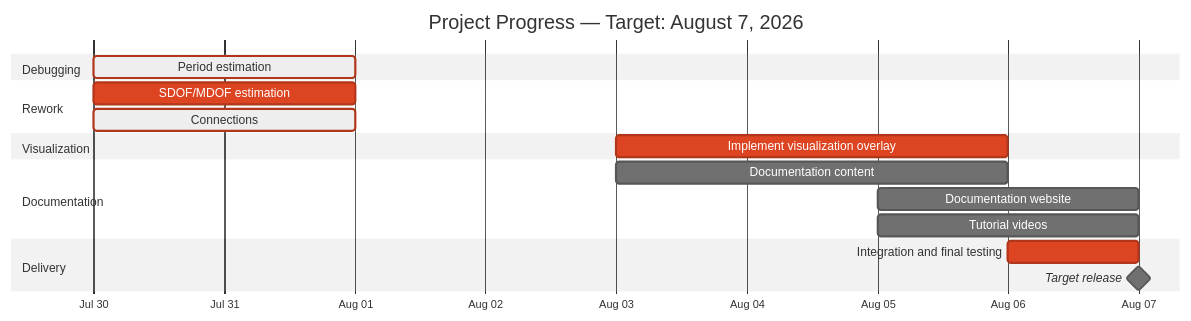
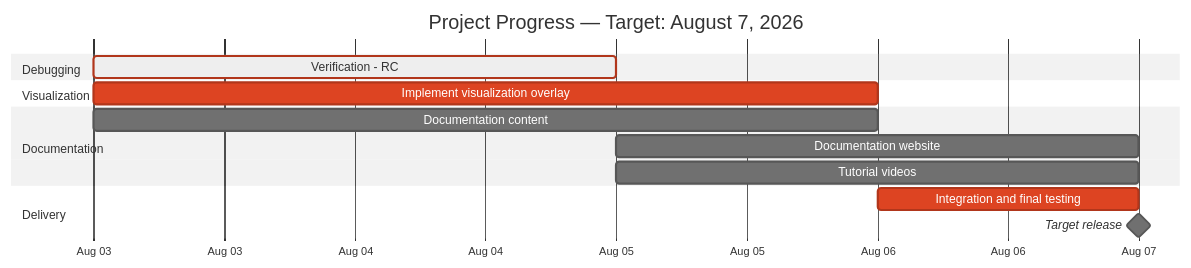
The diagram in docs/ansys_workflow/progress.md (bartutuncay/struceng-doc), drawn with Mermaid (neutral theme) before and after one commit. The commit also changed 2 other files, not shown here.

````diff
--- a/docs/ansys_workflow/progress.md
+++ b/docs/ansys_workflow/progress.md
@@ -3,25 +3,21 @@
 ```mermaid
 gantt
     title Project Progress — Target: August 7, 2026
     dateFormat  YYYY-MM-DD
     axisFormat  %b %d
 
     section Debugging
-    Period estimation     :crit, active, period,      2026-07-30, 2d
-
-    section Rework
-    SDOF/MDOF estimation                 :crit, sdof, 2026-07-30, 2d
-    Connections                          :crit, active, 2026-07-30, 2d
+    Verification - RC                   :crit, active, 2026-08-03, 2d
 
     section Visualization
     Implement visualization overlay :crit, overlay, 2026-08-03, 3d
 
     section Documentation
     Documentation content           :docs,   2026-08-03, 3d
     Documentation website           :website, 2026-08-05, 2d
     Tutorial videos                 :videos,  2026-08-05, 2d
 
     section Delivery
     Integration and final testing   :crit, testing, 2026-08-06, 1d
     Target release                  :milestone, release, 2026-08-07, 0d
 ```
````
